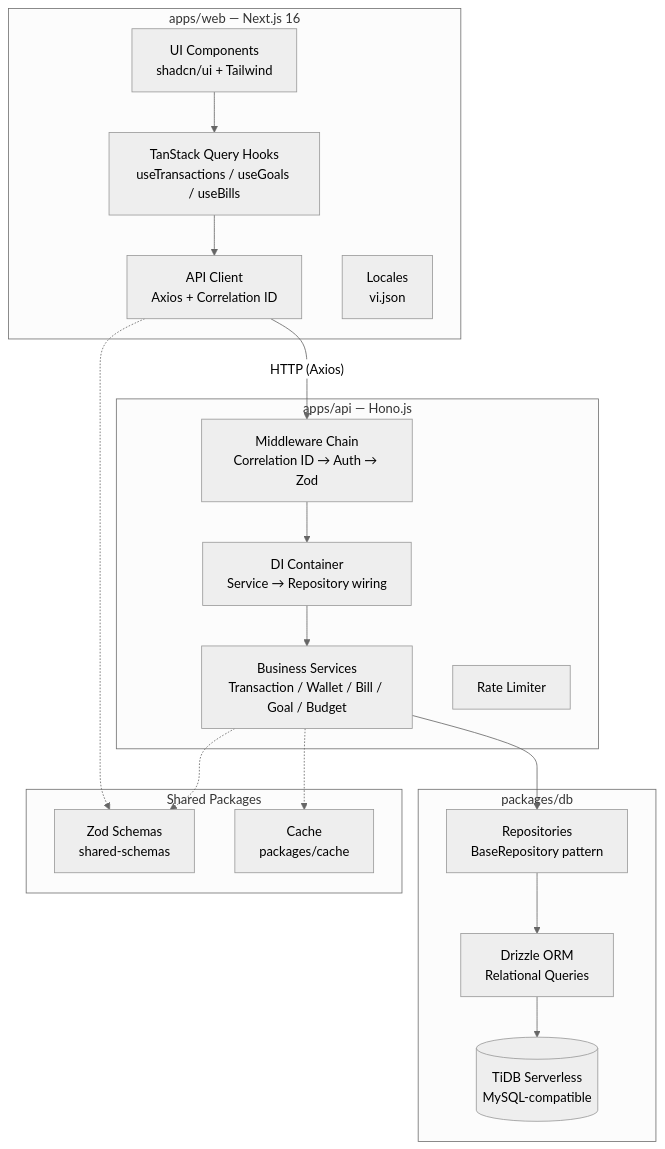
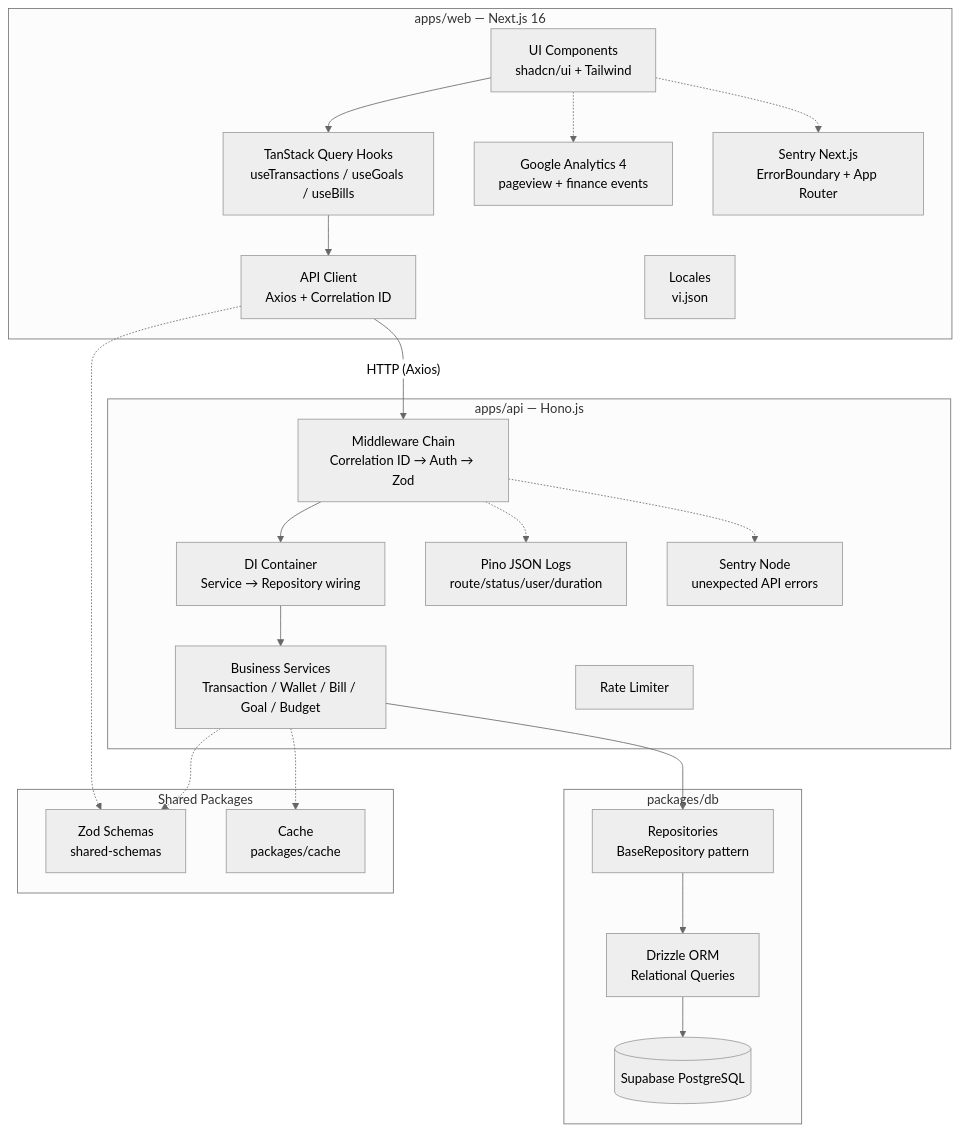
One commit to tducn110/Tracker_yourMoney changed the diagram in doc/wiki/ARCHITECTURE.md. Above: the diagram before and after it, drawn with Mermaid (neutral theme). The commit also changed other lines of this file and 63 other files, not shown here.

````diff
--- a/doc/wiki/ARCHITECTURE.md
+++ b/doc/wiki/ARCHITECTURE.md
@@ -26,39 +26,47 @@
 ```mermaid
 graph TD
     subgraph Frontend["apps/web — Next.js 16"]
         UI["UI Components<br/>shadcn/ui + Tailwind"]
         Hooks["TanStack Query Hooks<br/>useTransactions / useGoals / useBills"]
         Client["API Client<br/>Axios + Correlation ID"]
+        GA["Google Analytics 4<br/>pageview + finance events"]
+        SentryWeb["Sentry Next.js<br/>ErrorBoundary + App Router"]
         Locale["Locales<br/>vi.json"]
     end
 
     subgraph Backend["apps/api — Hono.js"]
         MW["Middleware Chain<br/>Correlation ID → Auth → Zod"]
         Container["DI Container<br/>Service → Repository wiring"]
         Services["Business Services<br/>Transaction / Wallet / Bill / Goal / Budget"]
         RateLimit["Rate Limiter"]
+        Pino["Pino JSON Logs<br/>route/status/user/duration"]
+        SentryApi["Sentry Node<br/>unexpected API errors"]
     end
 
     subgraph Data["packages/db"]
         Repos["Repositories<br/>BaseRepository pattern"]
         Drizzle["Drizzle ORM<br/>Relational Queries"]
-        TiDB[("TiDB Serverless<br/>MySQL-compatible")]
+        Postgres[("Supabase PostgreSQL")]
     end
 
     subgraph Shared["Shared Packages"]
         Schemas["Zod Schemas<br/>shared-schemas"]
         Cache["Cache<br/>packages/cache"]
     end
 
     UI --> Hooks
+    UI -.-> GA
+    UI -.-> SentryWeb
     Hooks --> Client
     Client -->|"HTTP (Axios)"| MW
+    MW -.-> Pino
+    MW -.-> SentryApi
     MW --> Container
     Container --> Services
     Services --> Repos
     Repos --> Drizzle
-    Drizzle --> TiDB
+    Drizzle --> Postgres
     Client -.-> Schemas
     Services -.-> Schemas
     Services -.-> Cache
 ```
````
